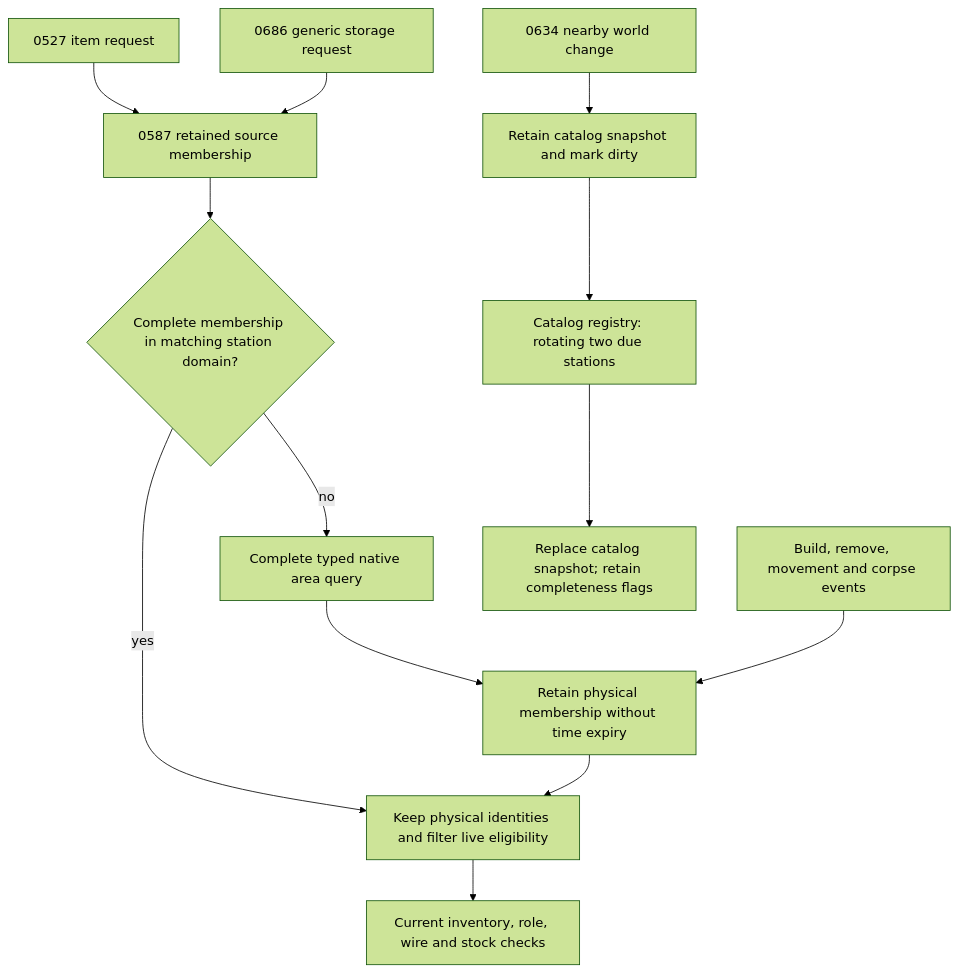
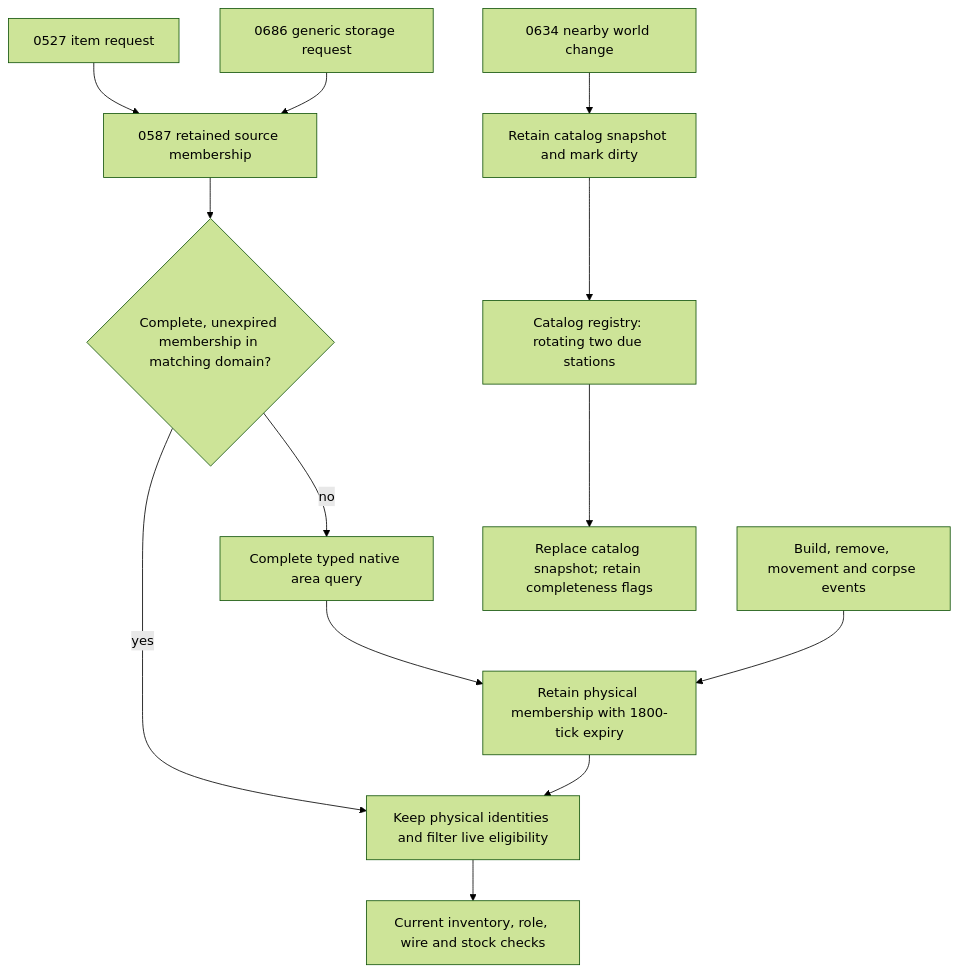
The third of 3 diagrams in docs/BEHAVIOR_MERMAID_FUNCTION_DRILLDOWN_0661.md (mrcalzon02/Tech-Priests), drawn with Mermaid (forest theme) before and after one commit. The commit also changed other lines of this file and 19 other files, not shown here.

````diff
--- a/docs/BEHAVIOR_MERMAID_FUNCTION_DRILLDOWN_0661.md
+++ b/docs/BEHAVIOR_MERMAID_FUNCTION_DRILLDOWN_0661.md
@@ -67,15 +67,15 @@
 ```mermaid
 flowchart TD
     Fetch["0527 item request"] --> Membership["0587 retained source membership"]
     Storage["0686 generic storage request"] --> Membership
-    Membership --> Valid{"Complete membership in matching station domain?"}
+    Membership --> Valid{"Complete, unexpired membership in matching domain?"}
     Valid -->|"yes"| View["Keep physical identities and filter live eligibility"]
     Valid -->|"no"| Query["Complete typed native area query"]
-    Query --> Record["Retain physical membership without time expiry"]
+    Query --> Record["Retain physical membership with 1800-tick expiry"]
     Record --> View
     Events["Build, remove, movement and corpse events"] --> Record
     View --> Live["Current inventory, role, wire and stock checks"]
     Changes["0634 nearby world change"] --> Dirty["Retain catalog snapshot and mark dirty"]
     Dirty --> Scan["Catalog registry: rotating two due stations"]
     Scan --> Snapshot["Replace catalog snapshot; retain completeness flags"]
 ```
````
